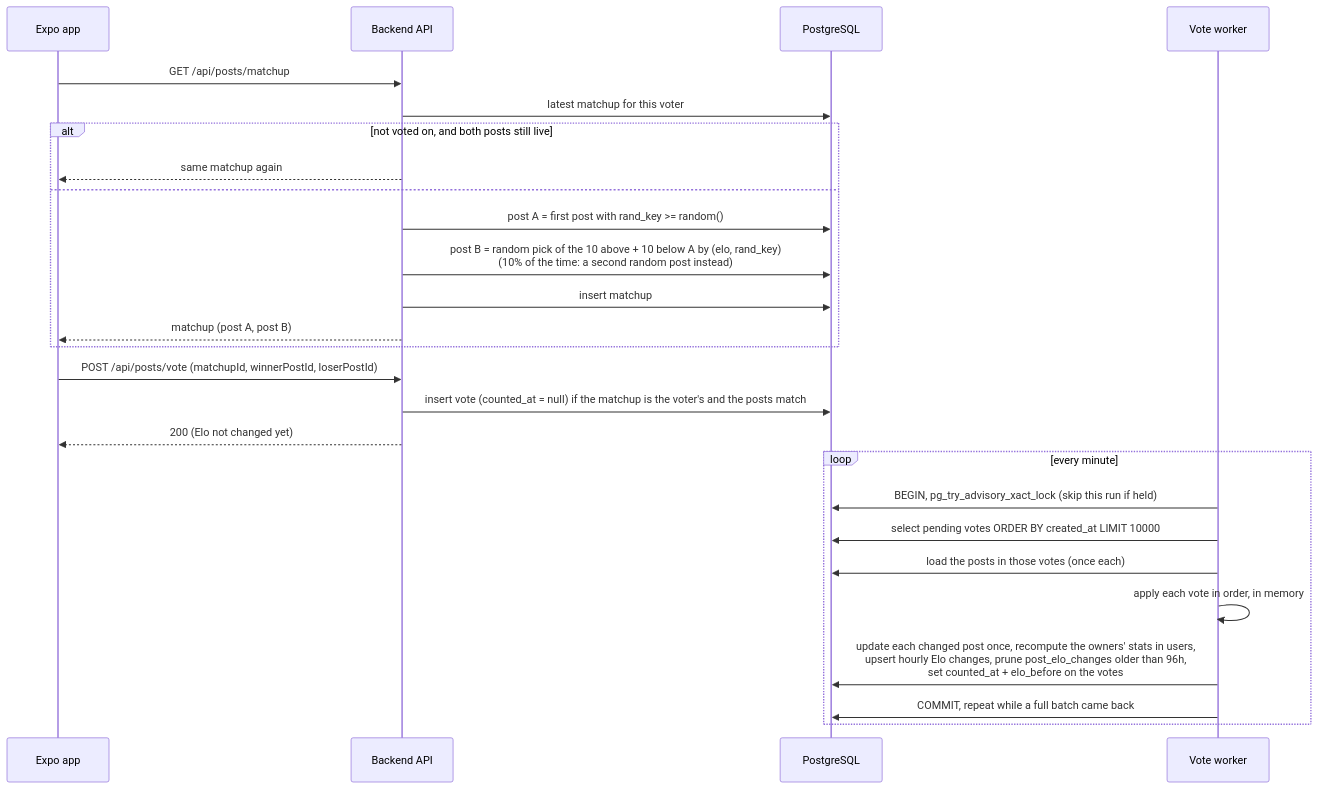
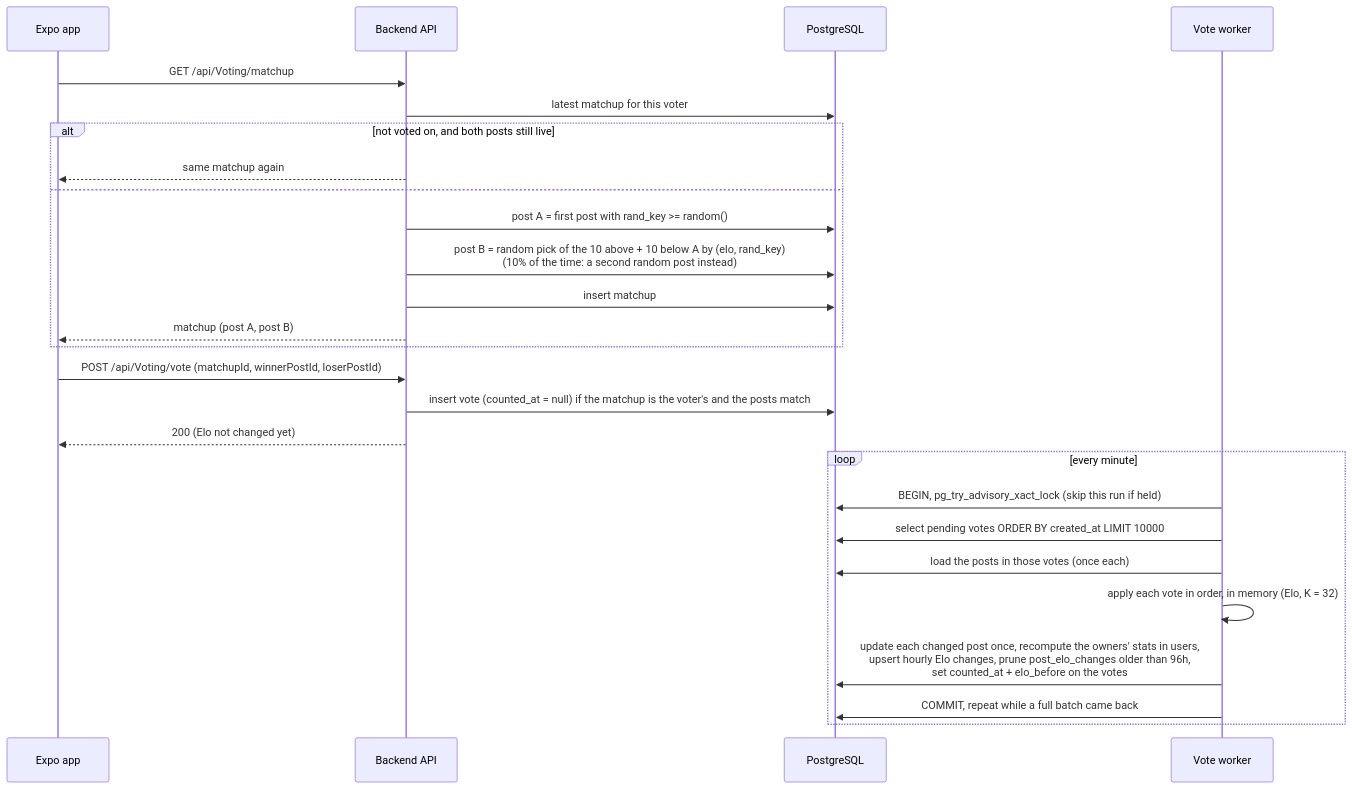
One commit to Aarhus-tech-project/2026q4-h5-projektstyring-og-app-programmering-group-2 changed the third of 3 diagrams in ServiceDiagram.md. Above: the diagram before and after it, drawn with Mermaid. The commit also changed other lines of this file and 39 other files, not shown here.

Commit message:
New diagrams and moved controllers

````diff
--- a/ServiceDiagram.md
+++ b/ServiceDiagram.md
@@ -103,31 +126,31 @@
 ```mermaid
 sequenceDiagram
     participant App as Expo app
     participant API as Backend API
     participant DB as PostgreSQL
     participant W as Vote worker
 
-    App->>API: GET /api/posts/matchup
+    App->>API: GET /api/Voting/matchup
     API->>DB: latest matchup for this voter
     alt not voted on, and both posts still live
         API-->>App: same matchup again
     else
         API->>DB: post A = first post with rand_key >= random()
         API->>DB: post B = random pick of the 10 above + 10 below A by (elo, rand_key)<br/>(10% of the time: a second random post instead)
         API->>DB: insert matchup
         API-->>App: matchup (post A, post B)
     end
 
-    App->>API: POST /api/posts/vote (matchupId, winnerPostId, loserPostId)
+    App->>API: POST /api/Voting/vote (matchupId, winnerPostId, loserPostId)
     API->>DB: insert vote (counted_at = null) if the matchup is the voter's and the posts match
     API-->>App: 200 (Elo not changed yet)
 
     loop every minute
         W->>DB: BEGIN, pg_try_advisory_xact_lock (skip this run if held)
         W->>DB: select pending votes ORDER BY created_at LIMIT 10000
         W->>DB: load the posts in those votes (once each)
-        W->>W: apply each vote in order, in memory
+        W->>W: apply each vote in order, in memory (Elo, K = 32)
         W->>DB: update each changed post once, recompute the owners' stats in users,<br/>upsert hourly Elo changes, prune post_elo_changes older than 96h,<br/>set counted_at + elo_before on the votes
         W->>DB: COMMIT, repeat while a full batch came back
     end
 ```
````
